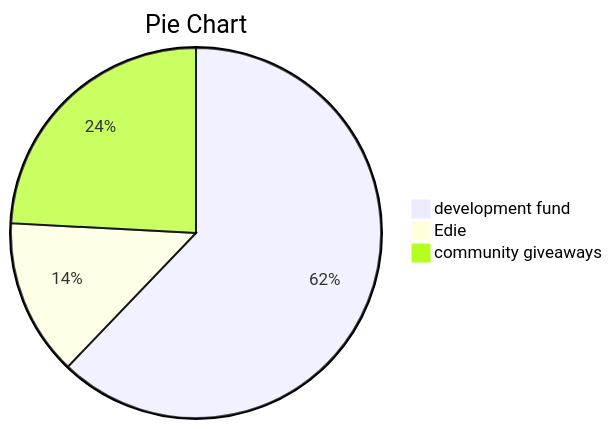
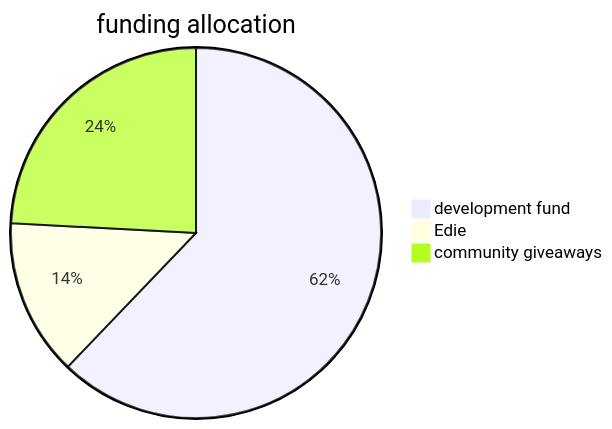
One commit to skittixch/DangerNoodle changed the second of 2 diagrams in docs/index.md. Above: the diagram before and after it, drawn with Mermaid.

````diff
--- a/docs/index.md
+++ b/docs/index.md
@@ -22,7 +22,7 @@
 ```mermaid
 pie
-    title Pie Chart
+    title funding allocation
     "development fund" : 386
     "Edie" : 85
     "community giveaways" : 150 
 ```
````
